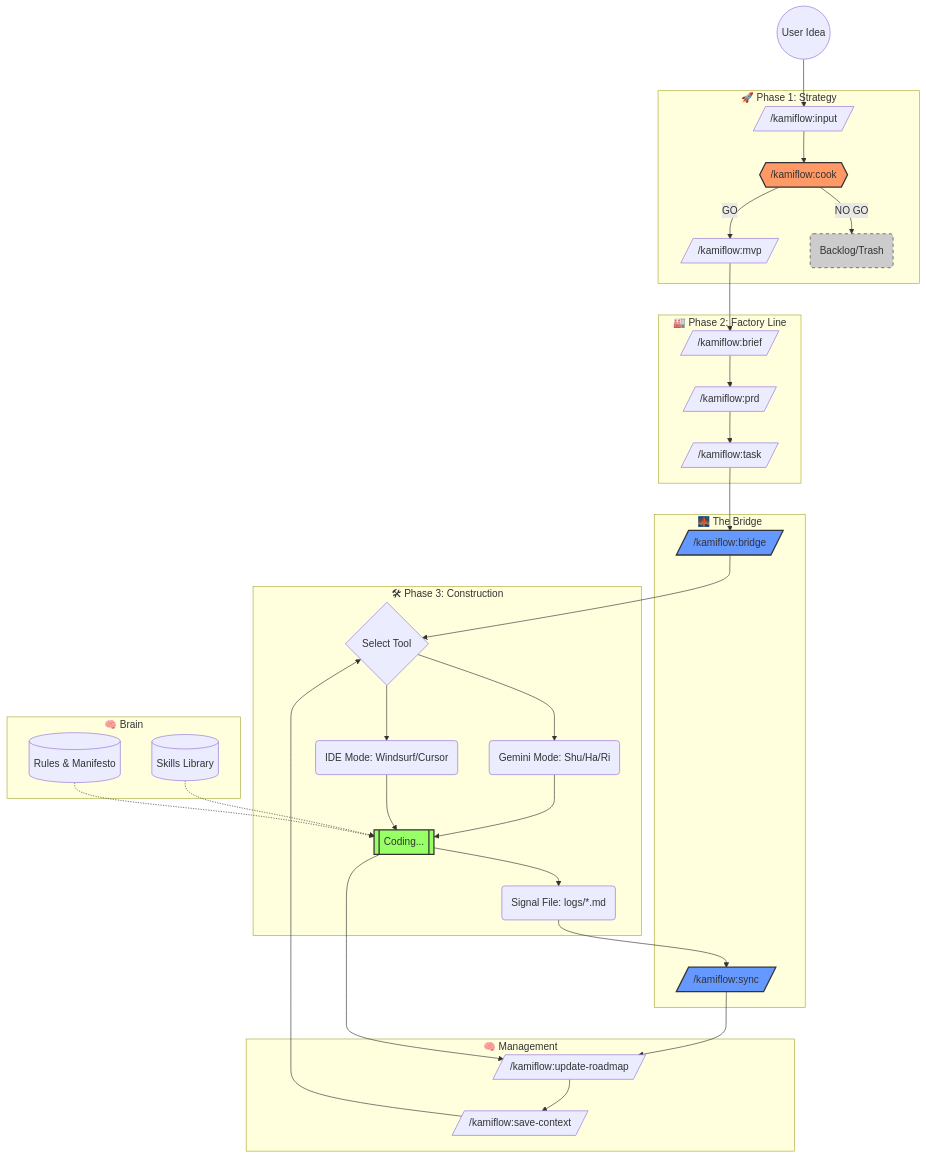
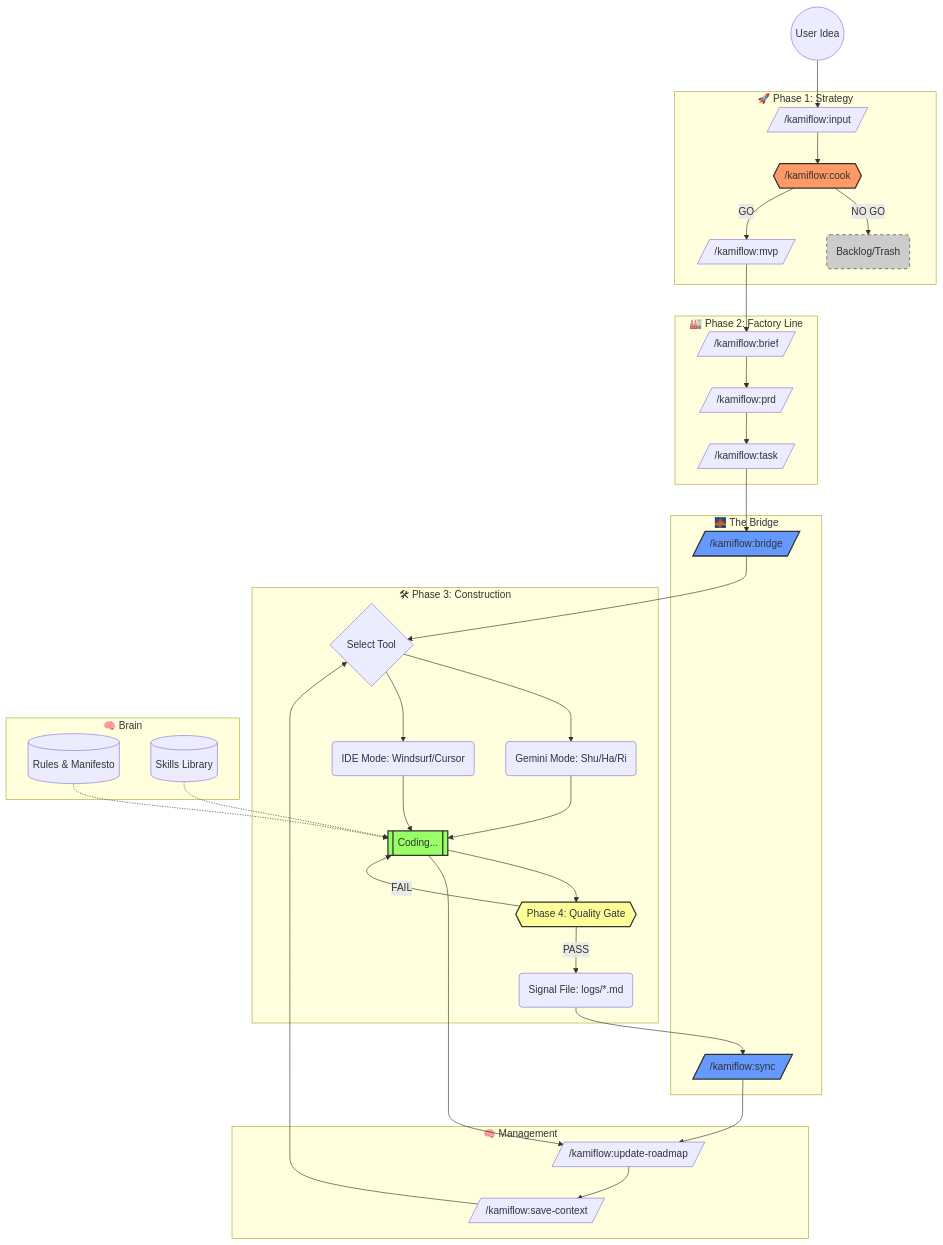
Before and after one commit to kamishino/gemini-cli-workflow: the diagram in docs/KAMIFLOW_OVERVIEW.md, drawn with Mermaid. The commit also changed other lines of this file and 2 other files, not shown here.

Commit message:
feat(quality): add integrated quality gates to task workflow

````diff
--- a/docs/KAMIFLOW_OVERVIEW.md
+++ b/docs/KAMIFLOW_OVERVIEW.md
@@ -8,76 +8,81 @@
 ```mermaid
 graph TD
     %% Nodes
     Start((User Idea))
     
     subgraph Strategy_Phase [🚀 Phase 1: Strategy]
         Input[/"/kamiflow:input"/]
         Cook{{"/kamiflow:cook"}}
         MVP[/"/kamiflow:mvp"/]
         Trash(Backlog/Trash)
     end
     
     subgraph Factory_Phase [🏭 Phase 2: Factory Line]
         Brief[/"/kamiflow:brief"/]
         PRD[/"/kamiflow:prd"/]
         Tasks[/"/kamiflow:task"/]
     end
     
     subgraph Bridge [🌉 The Bridge]
         Handoff[/"/kamiflow:bridge"/]
         Sync[/"/kamiflow:sync"/]
     end
     
     subgraph Construction_Phase [🛠 Phase 3: Construction]
         Mode{Select Tool}
         GeminiMode(Gemini Mode: Shu/Ha/Ri)
         IdeMode(IDE Mode: Windsurf/Cursor)
         Code[[Coding...]]
+        QualityGate{{"Phase 4: Quality Gate"}}
         LogFile(Signal File: logs/*.md)
     end
     
     subgraph Knowledge_Base [🧠 Brain]
         Rules[(Rules & Manifesto)]
         Skills[(Skills Library)]
     end
     
     subgraph Management [🧠 Management]
         Roadmap[/"/kamiflow:update-roadmap"/]
         Save[/"/kamiflow:save-context"/]
     end
 
     %% Flow
     Start --> Input
     Input --> Cook
     Cook -- NO GO --> Trash
     Cook -- GO --> MVP
     MVP --> Brief
     Brief --> PRD
     PRD --> Tasks
     Tasks --> Handoff
     
     Handoff --> Mode
     Mode --> GeminiMode
     Mode --> IdeMode
     
     GeminiMode --> Code
     IdeMode --> Code
     
-    Code --> LogFile
+    Code --> QualityGate
+    QualityGate -- PASS --> LogFile
+    QualityGate -- FAIL --> Code
+    
     LogFile --> Sync
     
     Rules -.-> Code
     Skills -.-> Code
     
     Code --> Roadmap
     Sync --> Roadmap
     Roadmap --> Save
     Save --> Mode
     
     %% Styling
     style Cook fill:#f96,stroke:#333,stroke-width:2px
     style Trash fill:#ccc,stroke:#333,stroke-dasharray: 5 5
     style Code fill:#9f6,stroke:#333,stroke-width:2px
+    style QualityGate fill:#ff9,stroke:#333,stroke-width:2px
     style Handoff fill:#69f,stroke:#333,stroke-width:2px
     style Sync fill:#69f,stroke:#333,stroke-width:2px
 ```
````
